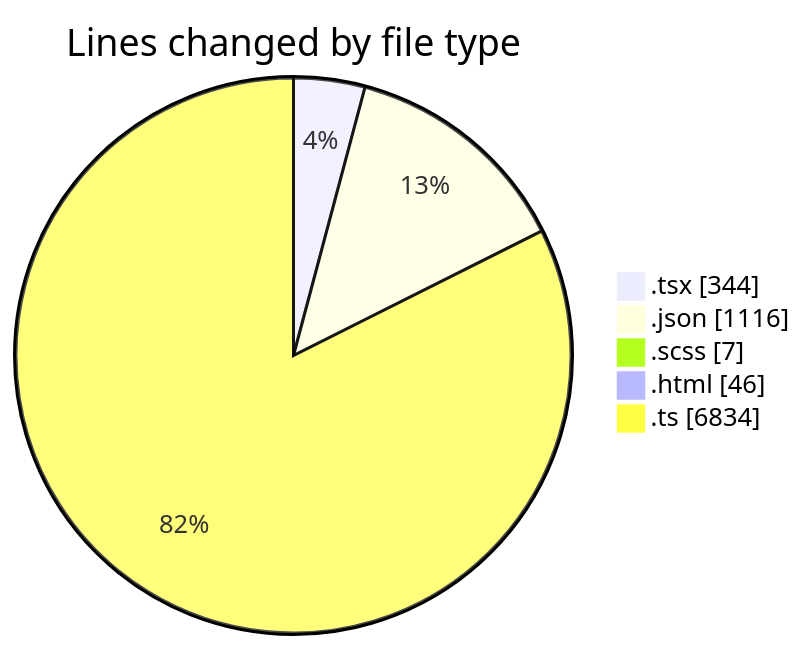
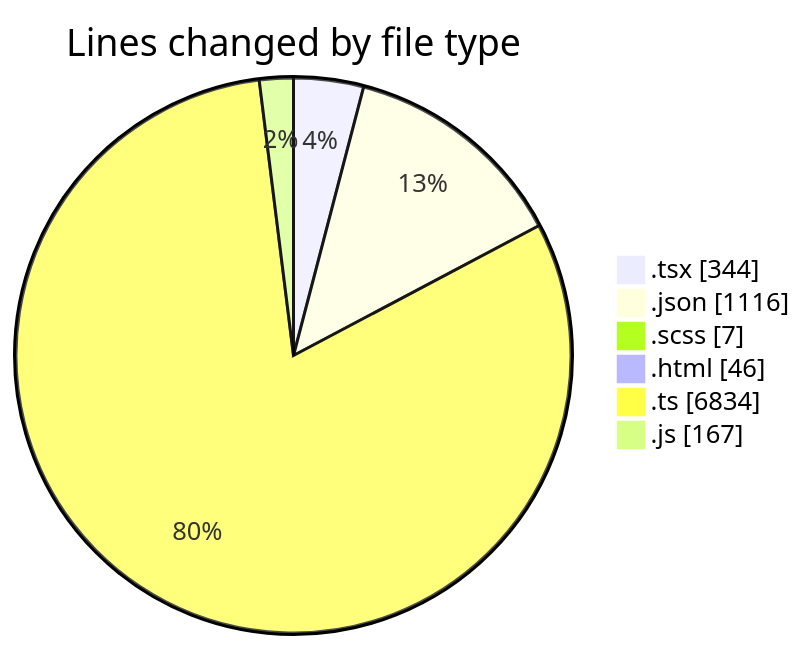
Before and after one commit to momahboobian/code-tracking: the first of 2 diagrams in 2026-04-14/cda/README.md, drawn with Mermaid. The commit also changed other lines of this file and 1 other file, not shown here.

````diff
--- a/2026-04-14/cda/README.md
+++ b/2026-04-14/cda/README.md
@@ -35,9 +36,10 @@
 ```mermaid
 pie showData
 title Lines changed by file type
 ".tsx" : 344
 ".json" : 1116
 ".scss" : 7
 ".html" : 46
 ".ts" : 6834
+".js" : 167
 ```
````
